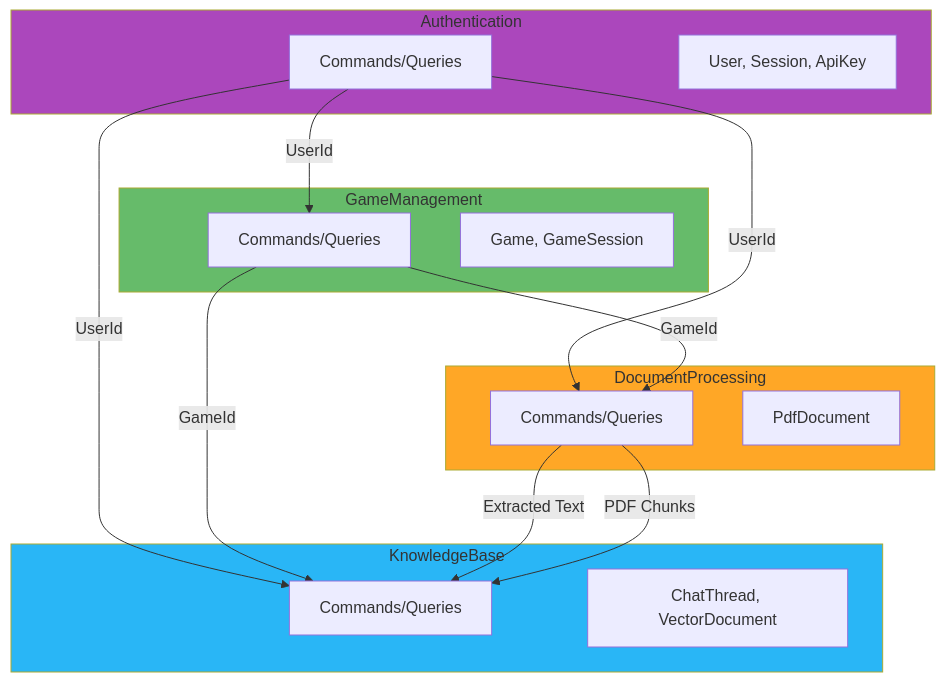
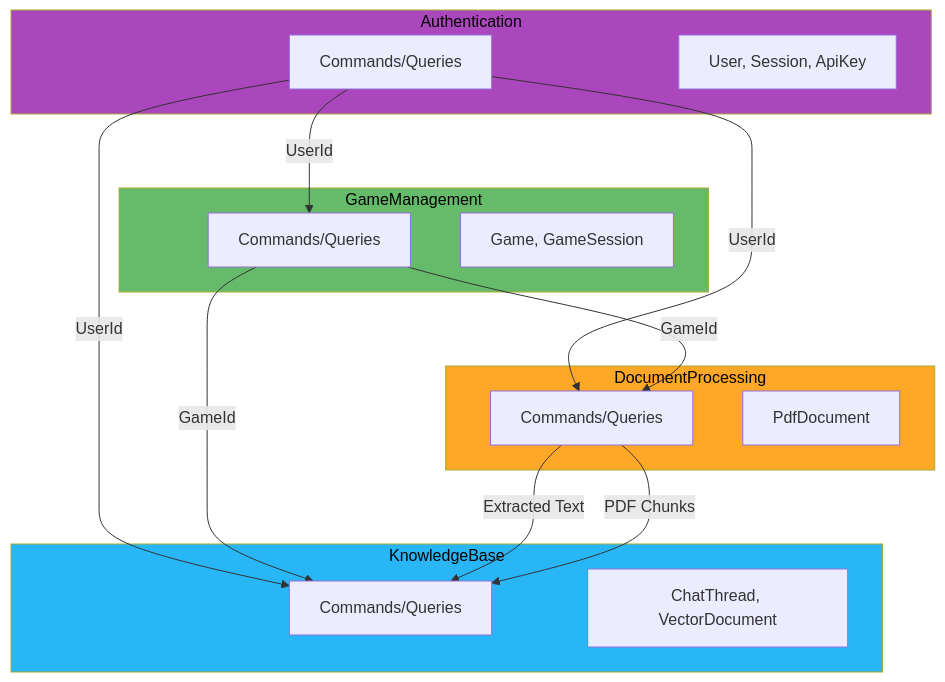
Before and after one commit to meepleAi-app/meepleai-monorepo: the seventh of 8 diagrams in docs/01-architecture/diagrams/cqrs-mediatr-flow.md, drawn with Mermaid. The commit also changed other lines of this file and 4 other files, not shown here.

First line of the commit message:
docs: Aggiunto testo nero a tutti i diagrammi Mermaid

````diff
--- a/docs/01-architecture/diagrams/cqrs-mediatr-flow.md
+++ b/docs/01-architecture/diagrams/cqrs-mediatr-flow.md
@@ -300,37 +300,37 @@
 ```mermaid
 graph TB
     subgraph Authentication
         AuthCmd[Commands/Queries]
         AuthDomain[User, Session, ApiKey]
     end
 
     subgraph GameManagement
         GameCmd[Commands/Queries]
         GameDomain[Game, GameSession]
     end
 
     subgraph DocumentProcessing
         DocCmd[Commands/Queries]
         DocDomain[PdfDocument]
     end
 
     subgraph KnowledgeBase
         KBCmd[Commands/Queries]
         KBDomain[ChatThread, VectorDocument]
     end
 
     AuthCmd -->|UserId| GameCmd
     AuthCmd -->|UserId| DocCmd
     AuthCmd -->|UserId| KBCmd
 
     GameCmd -->|GameId| DocCmd
     GameCmd -->|GameId| KBCmd
 
     DocCmd -->|Extracted Text| KBCmd
     DocCmd -->|PDF Chunks| KBCmd
 
-    style Authentication fill:#ab47bc
-    style GameManagement fill:#66bb6a
-    style DocumentProcessing fill:#ffa726
-    style KnowledgeBase fill:#29b6f6
+    style Authentication fill:#ab47bc,color:#000
+    style GameManagement fill:#66bb6a,color:#000
+    style DocumentProcessing fill:#ffa726,color:#000
+    style KnowledgeBase fill:#29b6f6,color:#000
 ```
````
